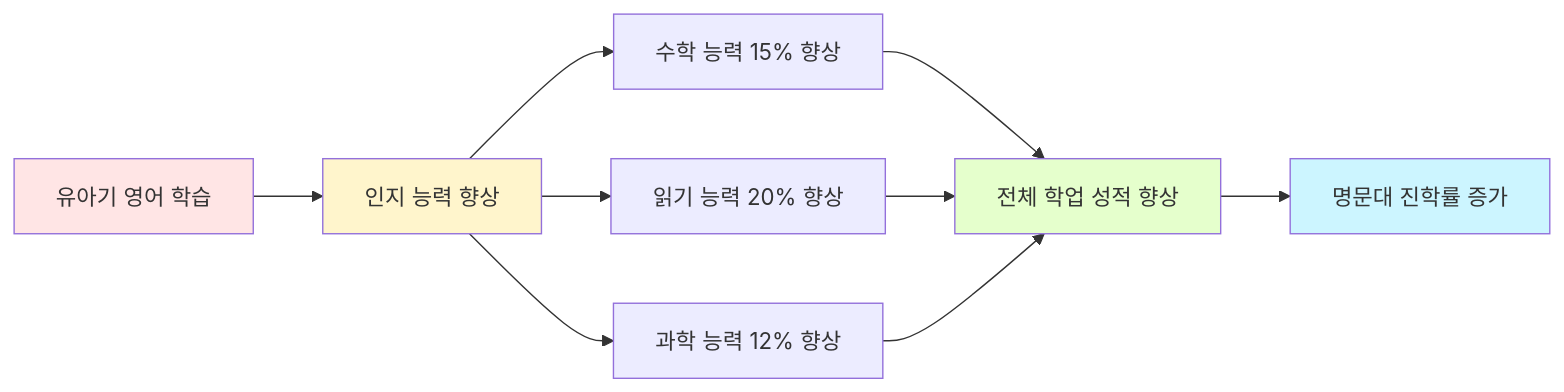
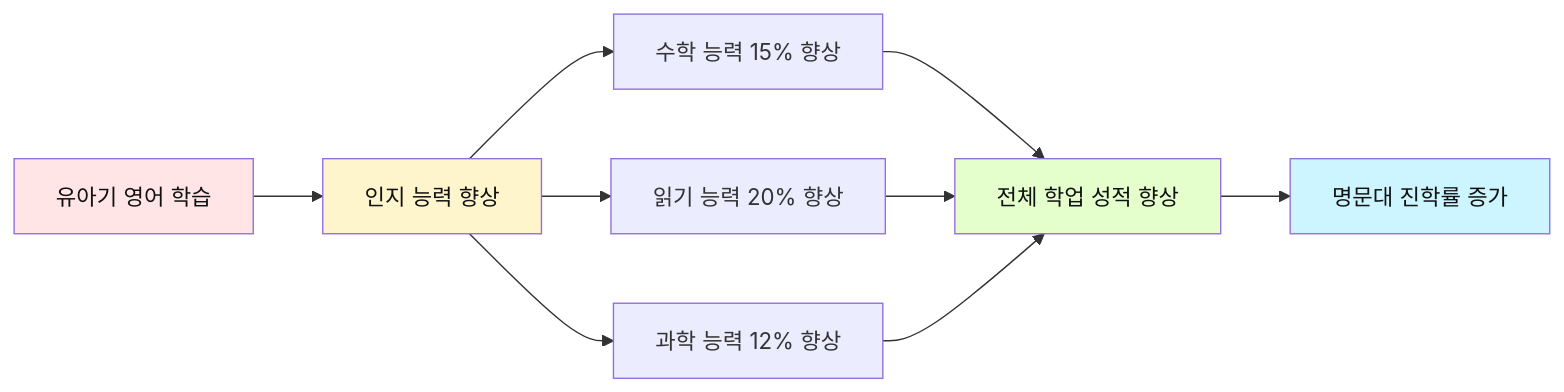
One commit to Collegenie-X/froebel changed the third of 45 diagrams in 영어/(영어_중요성)_유아_영어교육_파닉스_동요_방법론.md. Above: the diagram before and after it, drawn with Mermaid. The commit also changed other lines of this file and 13 other files, not shown here.

````diff
--- a/영어/(영어_중요성)_유아_영어교육_파닉스_동요_방법론.md
+++ b/영어/(영어_중요성)_유아_영어교육_파닉스_동요_방법론.md
@@ -110,15 +110,15 @@
 ```mermaid
 graph LR
     A[유아기 영어 학습] --> B[인지 능력 향상]
     B --> C[수학 능력 15% 향상]
     B --> D[읽기 능력 20% 향상]
     B --> E[과학 능력 12% 향상]
     
     C & D & E --> F[전체 학업 성적 향상]
     F --> G[명문대 진학률 증가]
     
-    style A fill:#FFE5E5
-    style B fill:#FFF5CC
-    style F fill:#E5FFCC
-    style G fill:#CCF5FF
+    style A fill:#FFE5E5,color:#111
+    style B fill:#FFF5CC,color:#111
+    style F fill:#E5FFCC,color:#111
+    style G fill:#CCF5FF,color:#111
 ```
````
